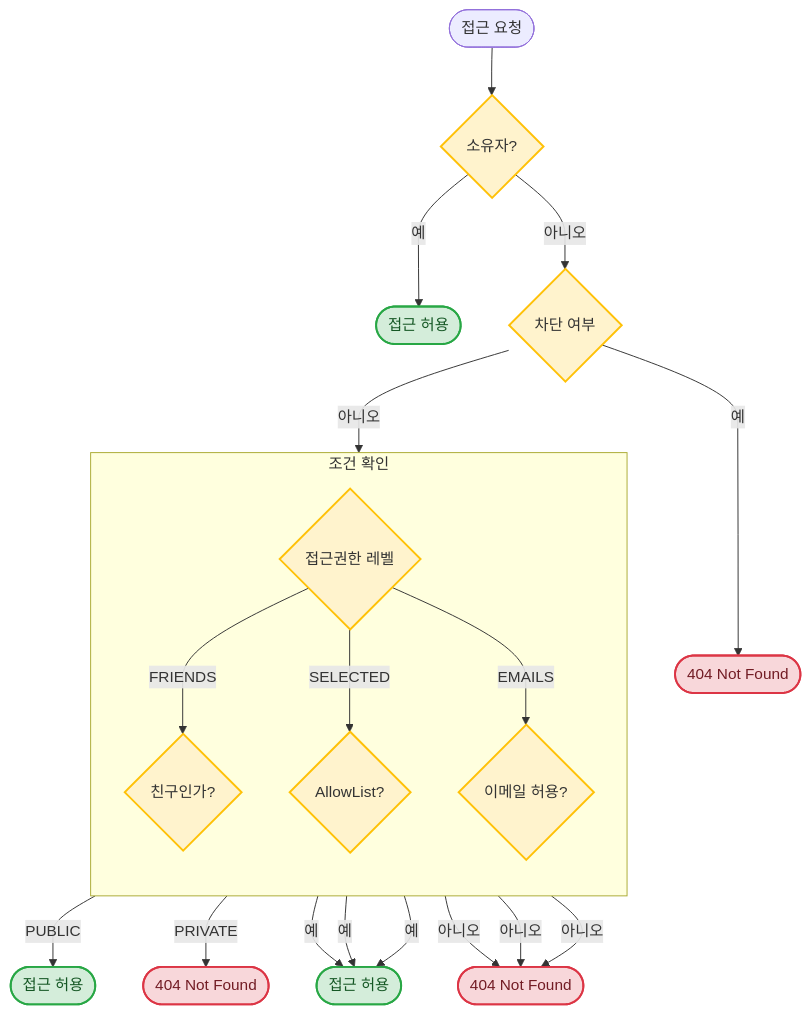
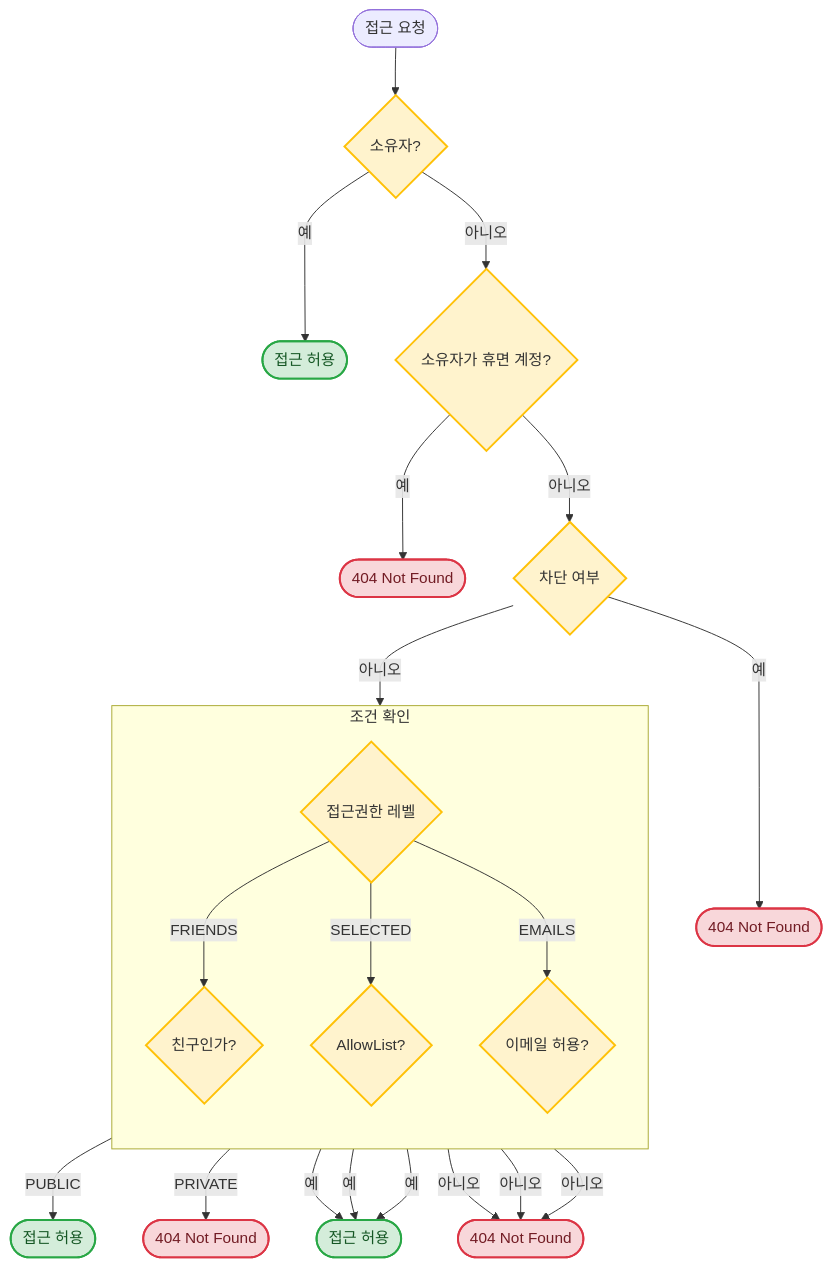
Before and after one commit to onprem-hipster-timer/backend: the first of 2 diagrams in docs/guides/visibility.ko.md, drawn with Mermaid. The commit also changed other lines of this file and 1 other file, not shown here.

Commit message:
docs: 공개 범위 흐름도에 휴면 계정 판정을 넣고 미팅 가이드의 오류 응답을 실제 모양으로 고친다

````diff
--- a/docs/guides/visibility.ko.md
+++ b/docs/guides/visibility.ko.md
@@ -79,26 +79,28 @@
 ```mermaid
 flowchart TD
     classDef allow fill:#d4edda,stroke:#28a745,stroke-width:2px,color:#155724;
     classDef deny fill:#f8d7da,stroke:#dc3545,stroke-width:2px,color:#721c24;
     classDef decision fill:#fff3cd,stroke:#ffc107,stroke-width:2px;
 
     Start([접근 요청]) --> Owner{소유자?}:::decision
     Owner -- 예 --> Allow1([접근 허용]):::allow
-    Owner -- 아니오 --> Blocked{차단 여부}:::decision
+    Owner -- 아니오 --> Dormant{소유자가 휴면 계정?}:::decision
+    Dormant -- 예 --> Deny0([404 Not Found]):::deny
+    Dormant -- 아니오 --> Blocked{차단 여부}:::decision
     Blocked -- 예 --> Deny1([404 Not Found]):::deny
     Blocked -- 아니오 --> Level{접근권한 레벨}:::decision
 
     Level -->|PUBLIC| Allow2([접근 허용]):::allow
     Level -->|PRIVATE| Deny2([404 Not Found]):::deny
 
     subgraph 상세조건 [조건 확인]
         direction TB
         Level -->|FRIENDS| F{친구인가?}:::decision
         Level -->|SELECTED| L{AllowList?}:::decision
         Level -->|EMAILS| E{이메일 허용?}:::decision
     end
 
     F & L & E -->|예| Allow3([접근 허용]):::allow
     F & L & E -->|아니오| Deny3([404 Not Found]):::deny
     linkStyle default interpolate monotoneY
 ```
````
